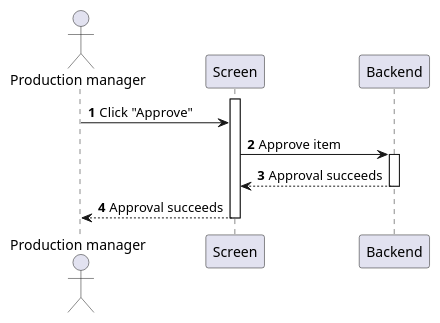
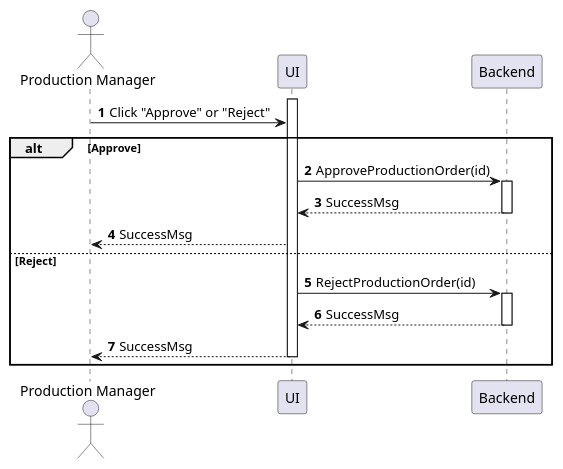
Before and after one commit to phihungha/SE357-Practice-class: the diagram in Lab1/Lab1.2/sequences/production-order-approve.plantuml, drawn with PlantUML. The commit also changed 200 other files, not shown here.

Commit message:
Improve purchase and production activities and sequences

```diff
--- a/Lab1/Lab1.2/sequences/production-order-approve.plantuml
+++ b/Lab1/Lab1.2/sequences/production-order-approve.plantuml
@@ -1,15 +1,24 @@
 @startuml production-order-approve
 autonumber
 
-actor "Production manager" as a
-participant Screen as f
+actor "Production Manager" as a
+participant UI as f
 participant Backend as b
 
 activate f
-a -> f : Click "Approve"
-f -> b : Approve item
-activate b
-return Approval succeeds
-f --> a : Approval succeeds
-deactivate f
+a -> f : Click "Approve" or "Reject"
+
+alt Approve
+    f -> b : ApproveProductionOrder(id)
+    activate b
+    b --> f : SuccessMsg
+    deactivate b
+    f --> a : SuccessMsg
+else Reject
+    f -> b : RejectProductionOrder(id)
+    activate b
+    return SuccessMsg
+    f --> a : SuccessMsg
+    deactivate f
+end
 @enduml
```
